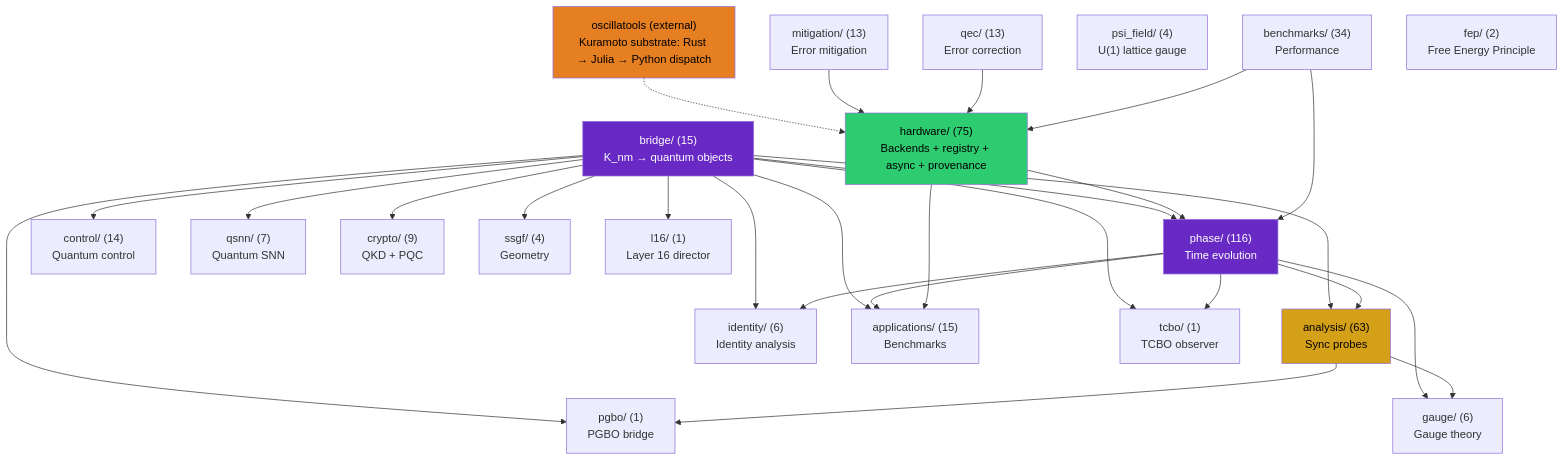
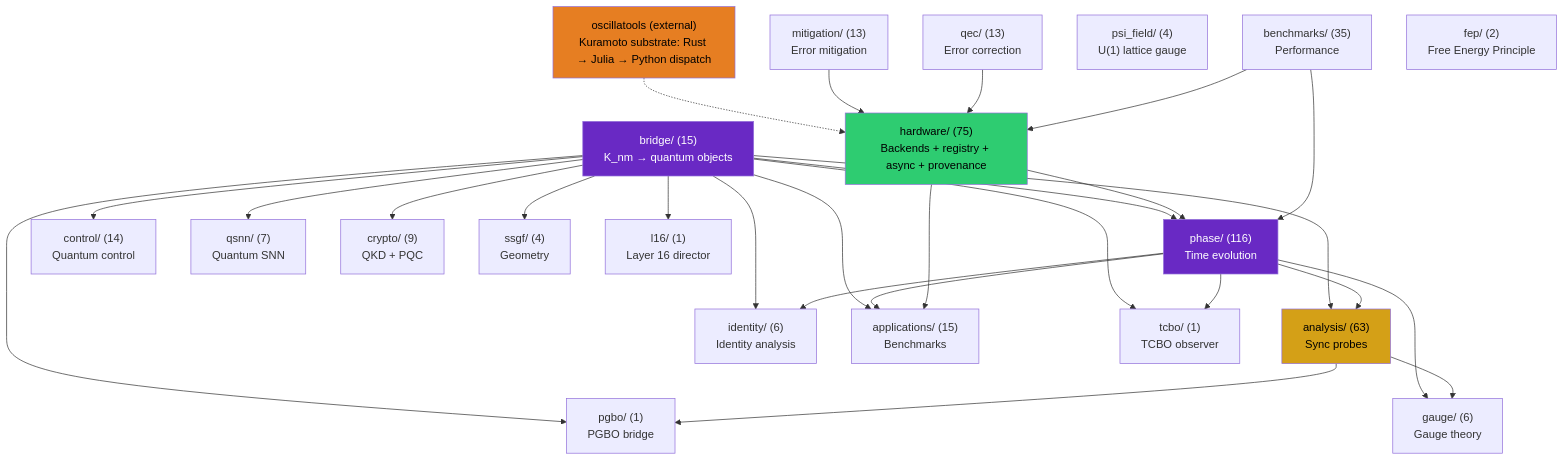
The first of 4 diagrams in docs/architecture.md (anulum/scpn-quantum-control), drawn with Mermaid before and after one commit. The commit also changed other lines of this file and 19 other files, not shown here.

````diff
--- a/docs/architecture.md
+++ b/docs/architecture.md
@@ -362,55 +362,55 @@
 ```mermaid
 graph TD
     bridge["bridge/ (15)\nK_nm → quantum objects"]
     phase["phase/ (116)\nTime evolution"]
     analysis["analysis/ (63)\nSync probes"]
     control["control/ (14)\nQuantum control"]
     qsnn["qsnn/ (7)\nQuantum SNN"]
     identity["identity/ (6)\nIdentity analysis"]
     hardware["hardware/ (75)\nBackends + registry + async + provenance"]
     mitigation["mitigation/ (13)\nError mitigation"]
     qec["qec/ (13)\nError correction"]
     gauge["gauge/ (6)\nGauge theory"]
     apps["applications/ (15)\nBenchmarks"]
     crypto["crypto/ (9)\nQKD + PQC"]
-    benchmarks["benchmarks/ (34)\nPerformance"]
+    benchmarks["benchmarks/ (35)\nPerformance"]
     ssgf["ssgf/ (4)\nGeometry"]
     psi_field["psi_field/ (4)\nU(1) lattice gauge"]
     oscillatools["oscillatools (external)\nKuramoto substrate: Rust → Julia → Python dispatch"]
     fep["fep/ (2)\nFree Energy Principle"]
     tcbo["tcbo/ (1)\nTCBO observer"]
     pgbo["pgbo/ (1)\nPGBO bridge"]
     l16["l16/ (1)\nLayer 16 director"]
 
     bridge --> phase
     bridge --> analysis
     bridge --> control
     bridge --> qsnn
     bridge --> identity
     bridge --> apps
     bridge --> crypto
     bridge --> ssgf
     phase --> analysis
     phase --> identity
     phase --> apps
     phase --> gauge
     analysis --> gauge
     hardware --> phase
     hardware --> apps
     oscillatools -.-> hardware
     mitigation --> hardware
     qec --> hardware
     benchmarks --> phase
     benchmarks --> hardware
     bridge --> tcbo
     bridge --> pgbo
     bridge --> l16
     phase --> tcbo
     analysis --> pgbo
 
     style bridge fill:#6929C4,color:#fff
     style analysis fill:#d4a017,color:#000
     style phase fill:#6929C4,color:#fff
     style hardware fill:#2ecc71,color:#000
     style oscillatools fill:#e67e22,color:#000
 ```
````
